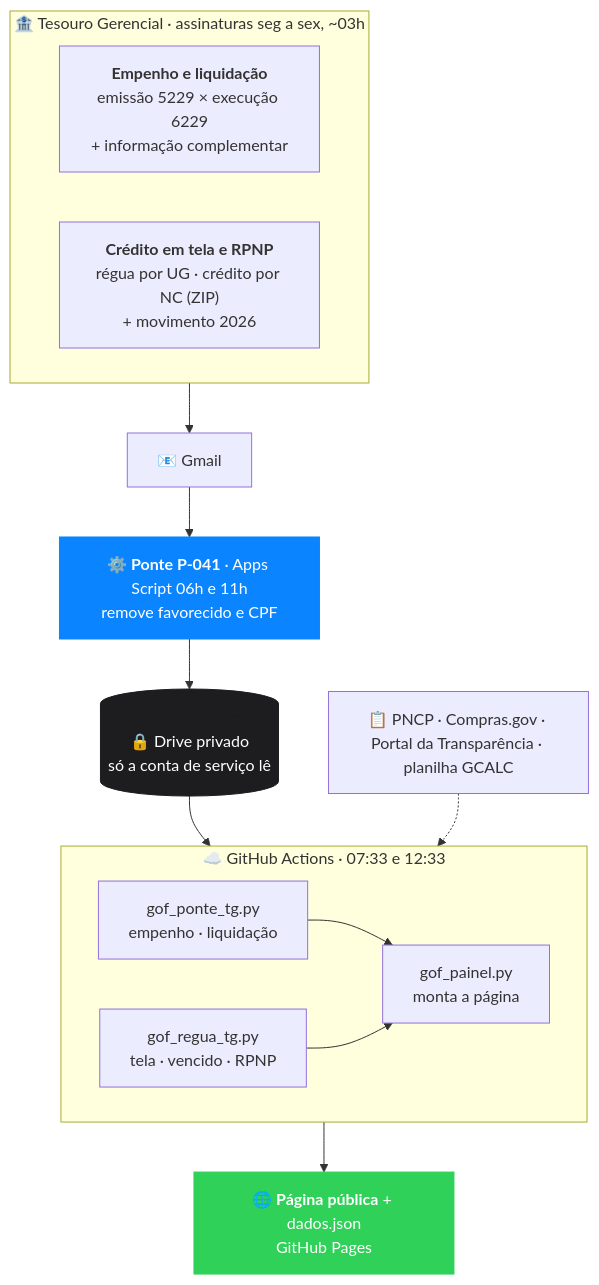
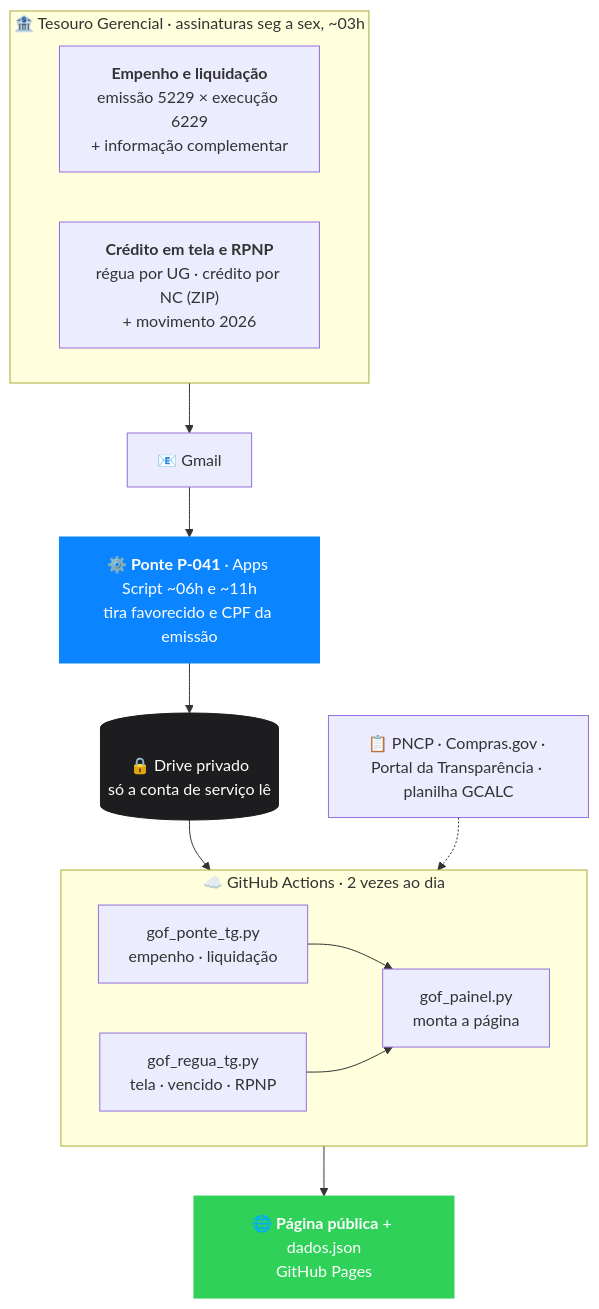
Before and after one commit to marcelosaldanha-1978/painel-gof-baaplog: the second of 6 diagrams in README.md, drawn with Mermaid. The commit also changed other lines of this file and 4 other files, not shown here.

````diff
--- a/README.md
+++ b/README.md
@@ -72,20 +93,20 @@
 ```mermaid
 flowchart TB
     subgraph TG["🏦 Tesouro Gerencial · assinaturas seg a sex, ~03h"]
       direction LR
       A1["<b>Empenho e liquidação</b><br/>emissão 5229 × execução 6229<br/>+ informação complementar"]
       A2["<b>Crédito em tela e RPNP</b><br/>régua por UG · crédito por NC (ZIP)<br/>+ movimento 2026"]
     end
-    TG --> G["📧 Gmail"] --> P["⚙️ <b>Ponte P-041</b> · Apps Script 06h e 11h<br/>remove favorecido e CPF"] --> D[("🔒 Drive privado<br/>só a conta de serviço lê")]
+    TG --> G["📧 Gmail"] --> P["⚙️ <b>Ponte P-041</b> · Apps Script ~06h e ~11h<br/>tira favorecido e CPF da emissão"] --> D[("🔒 Drive privado<br/>só a conta de serviço lê")]
     D --> GA
-    subgraph GA["☁️ GitHub Actions · 07:33 e 12:33"]
+    subgraph GA["☁️ GitHub Actions · 2 vezes ao dia"]
       direction LR
       M1["gof_ponte_tg.py<br/>empenho · liquidação"] --> M3["gof_painel.py<br/>monta a página"]
       M2["gof_regua_tg.py<br/>tela · vencido · RPNP"] --> M3
     end
     O["📋 PNCP · Compras.gov · Portal da Transparência · planilha GCALC"] -.-> GA
     GA --> X["🌐 <b>Página pública</b> + dados.json<br/>GitHub Pages"]
     style P fill:#0a84ff,color:#fff,stroke:#0a84ff
     style D fill:#1d1d1f,color:#fff,stroke:#1d1d1f
     style X fill:#30d158,color:#fff,stroke:#30d158
 ```
````
